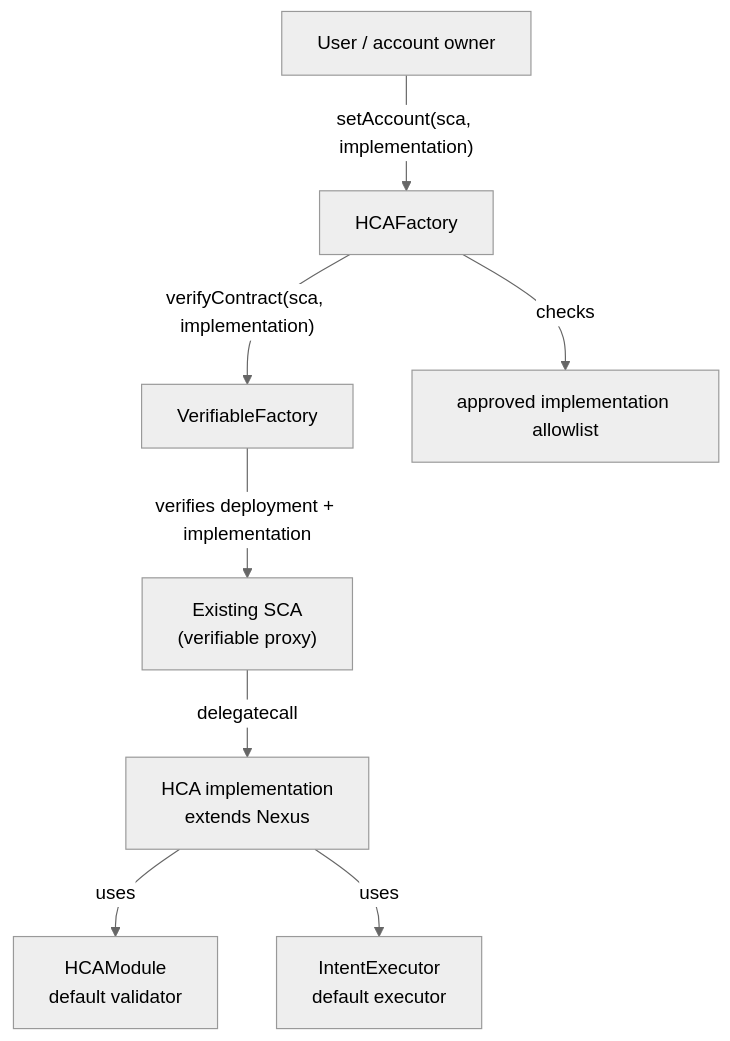
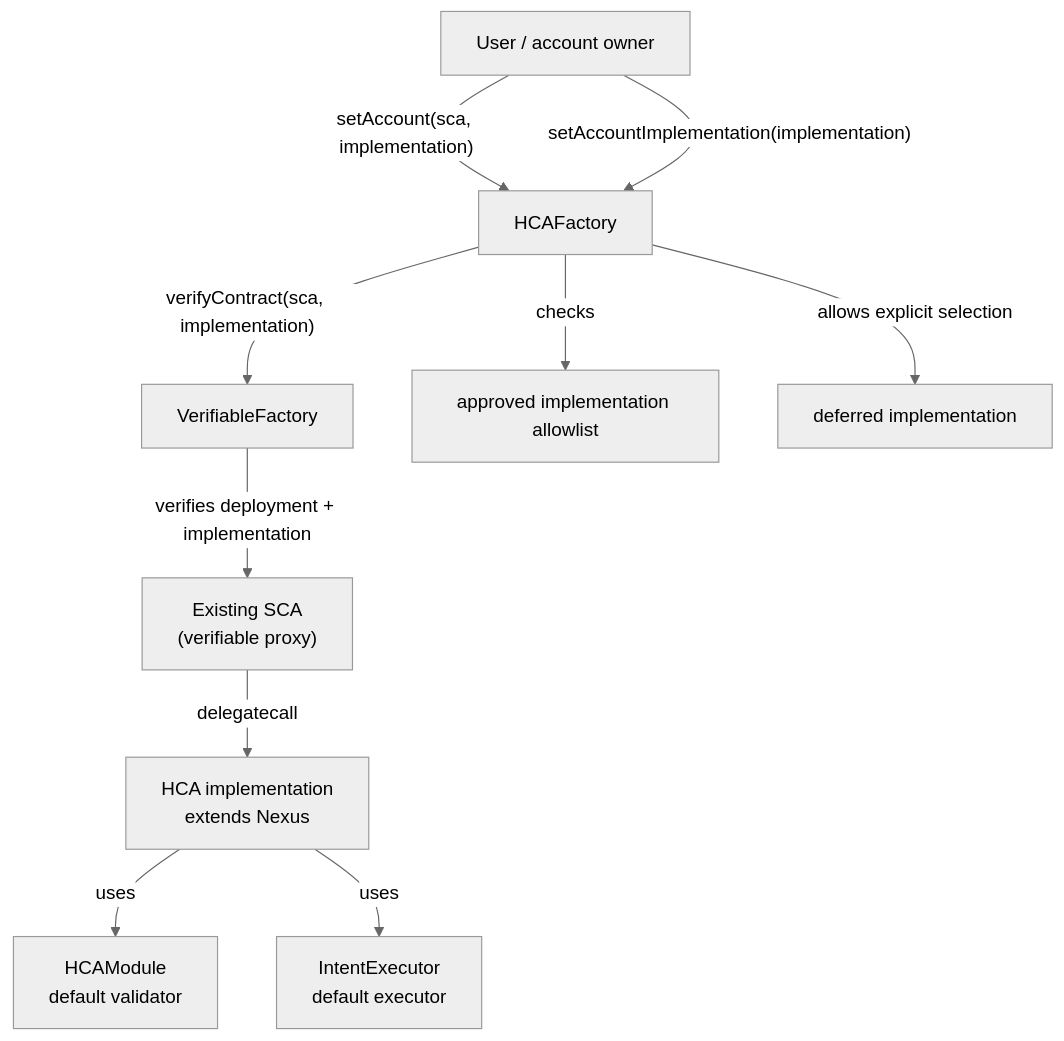
The diagram in contracts/src/hca/README.md (ensdomains/contracts-v2), drawn with Mermaid (neutral theme) before and after one commit. The commit also changed other lines of this file and 27 other files, not shown here.

````diff
--- a/contracts/src/hca/README.md
+++ b/contracts/src/hca/README.md
@@ -28,20 +30,23 @@
 ```mermaid
 flowchart TD
     Owner["User / account owner"]
     HCAFactory["HCAFactory"]
     VerifiableFactory["VerifiableFactory"]
     ImplAllowlist["approved implementation allowlist"]
+    DeferredImpl["deferred implementation"]
     ExistingSCA["Existing SCA<br/>(verifiable proxy)"]
     HCAImpl["HCA implementation<br/>extends Nexus"]
     HCAModule["HCAModule<br/>default validator"]
     IntentExecutor["IntentExecutor<br/>default executor"]
 
     Owner -->|"setAccount(sca, implementation)"| HCAFactory
+    Owner -->|"setAccountImplementation(implementation)"| HCAFactory
     HCAFactory -->|"checks"| ImplAllowlist
+    HCAFactory -->|"allows explicit selection"| DeferredImpl
     HCAFactory -->|"verifyContract(sca, implementation)"| VerifiableFactory
     VerifiableFactory -->|"verifies deployment + implementation"| ExistingSCA
     ExistingSCA -->|"delegatecall"| HCAImpl
 
     HCAImpl -->|"uses"| HCAModule
     HCAImpl -->|"uses"| IntentExecutor
 ```
````
